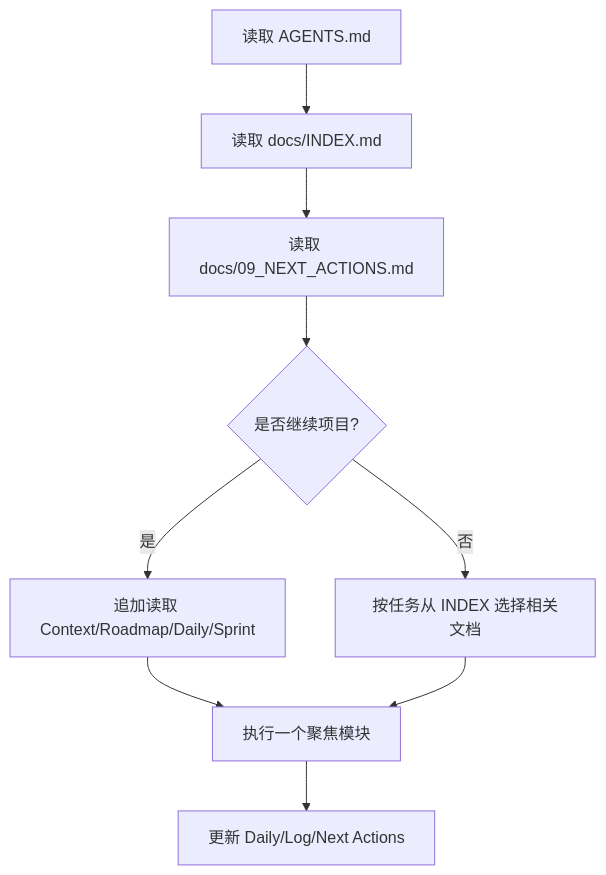
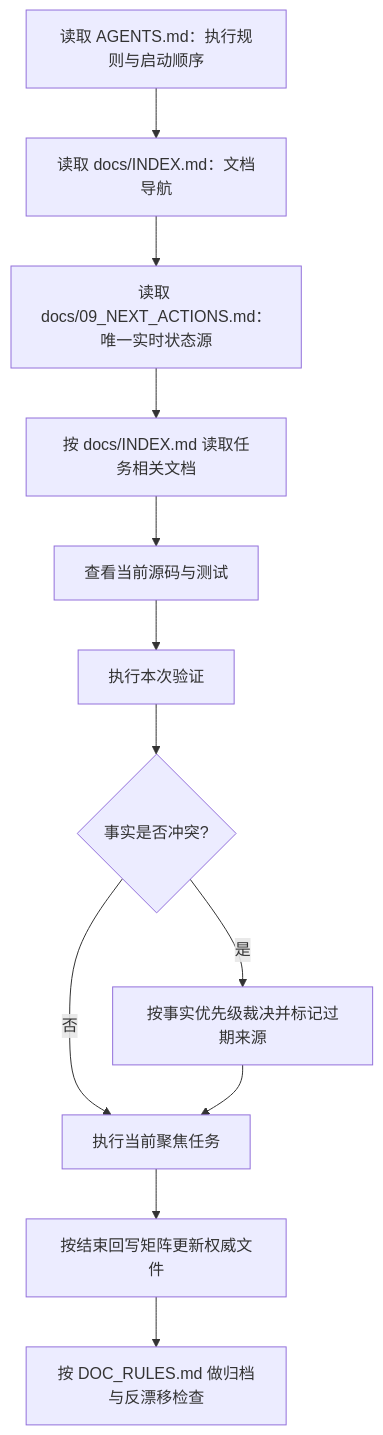
The diagram in docs/15_MEMORY_SYSTEM.md (nanhanq1/personal-coding-assistant), drawn with Mermaid before and after one commit. The commit also changed other lines of this file and 23 other files, not shown here.

Commit message:
Refine agent curriculum docs and implementation flow

````diff
--- a/docs/15_MEMORY_SYSTEM.md
+++ b/docs/15_MEMORY_SYSTEM.md
@@ -64,11 +38,14 @@
 ```mermaid
 flowchart TD
-    A["读取 AGENTS.md"] --> B["读取 docs/INDEX.md"]
-    B --> C["读取 docs/09_NEXT_ACTIONS.md"]
-    C --> D{"是否继续项目?"}
-    D -- "是" --> E["追加读取 Context/Roadmap/Daily/Sprint"]
-    D -- "否" --> F["按任务从 INDEX 选择相关文档"]
-    E --> G["执行一个聚焦模块"]
-    F --> G
-    G --> H["更新 Daily/Log/Next Actions"]
+    A["读取 AGENTS.md：执行规则与启动顺序"] --> B["读取 docs/INDEX.md：文档导航"]
+    B --> C["读取 docs/09_NEXT_ACTIONS.md：唯一实时状态源"]
+    C --> D["按 docs/INDEX.md 读取任务相关文档"]
+    D --> E["查看当前源码与测试"]
+    E --> V["执行本次验证"]
+    V --> F{"事实是否冲突?"}
+    F -- "否" --> G["执行当前聚焦任务"]
+    F -- "是" --> H["按事实优先级裁决并标记过期来源"]
+    H --> G
+    G --> I["按结束回写矩阵更新权威文件"]
+    I --> J["按 DOC_RULES.md 做归档与反漂移检查"]
 ```
````
